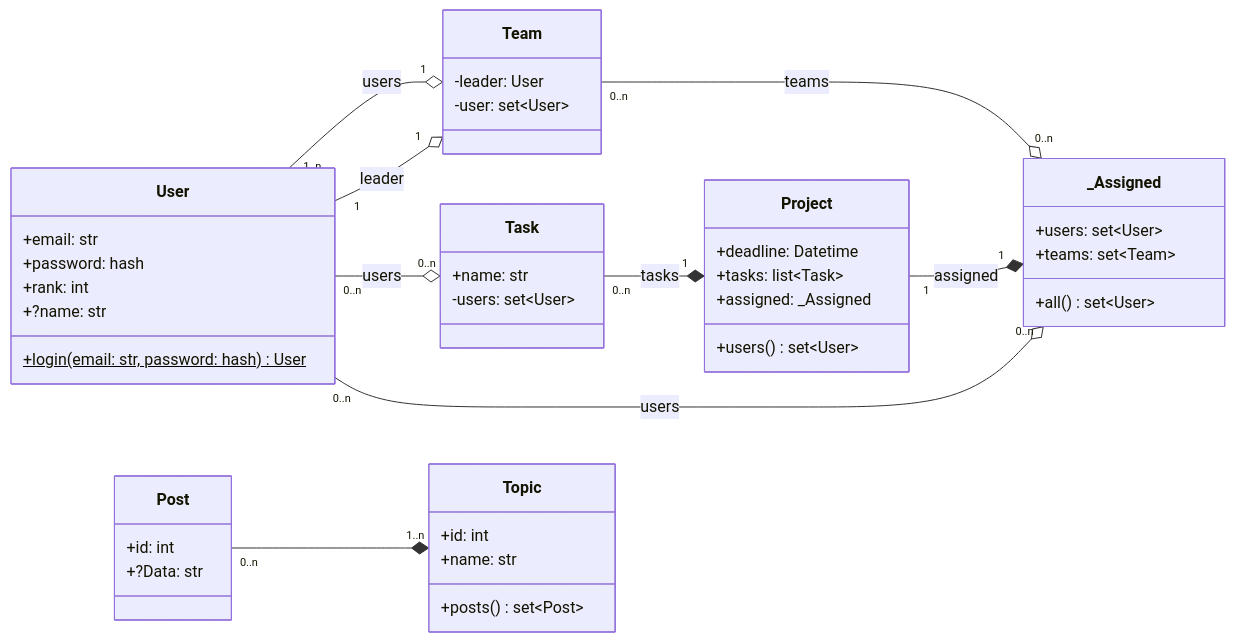
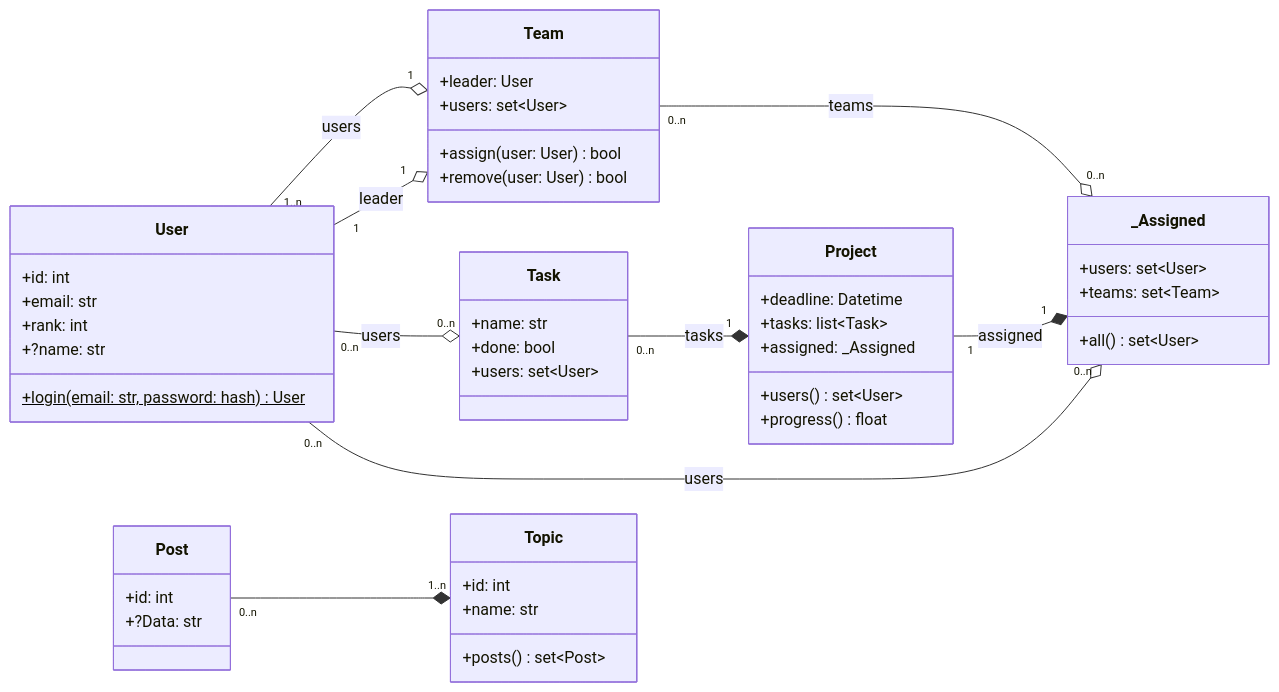
One commit to TWoolhouse/lboroCW-Trelno changed the first of 2 diagrams in design/data_design.md. Above: the diagram before and after it, drawn with Mermaid. The commit also changed other lines of this file, not shown here.

````diff
--- a/design/data_design.md
+++ b/design/data_design.md
@@ -5,51 +3,55 @@
 ```mermaid
 classDiagram
 direction LR
 
 User "1..n" --o "1" Team: users
 User "1" --o "1" Team: leader
 class User {
+  +id: int
   +email: str
-  +password: hash
   +rank: int
   +?name: str
   +login(email: str, password: hash)$ User
 }
 class Team {
-  -leader: User
-  -user: set~User~
+  +leader: User
+  +users: set~User~
+  +assign(user: User) bool
+  +remove(user: User) bool
 }
 
 Task "0..n" --* "1" Project: tasks
 User "0..n" --o "0..n" Task: users
 class Task {
   +name: str
-  -users: set~User~
+  +done: bool
+  +users: set~User~
 }
 Project "1" --* "1" _Assigned: assigned
 class Project {
   +deadline: Datetime
   +tasks: list~Task~
   +assigned: _Assigned
   +users() set~User~
+  +progress() float
 }
 User "0..n" --o "0..n" _Assigned: users
 Team "0..n" --o "0..n" _Assigned: teams
 class _Assigned {
 	+users: set~User~
 	+teams: set~Team~
 	+all() set~User~
 }
 
 Post "0..n" --* "1..n" Topic
 class Post {
 	+id: int
 	+?Data: str
 }
 class Topic {
 	+id: int
 	+name: str
 	+posts() set~Post~
 }
 
 ```
````
